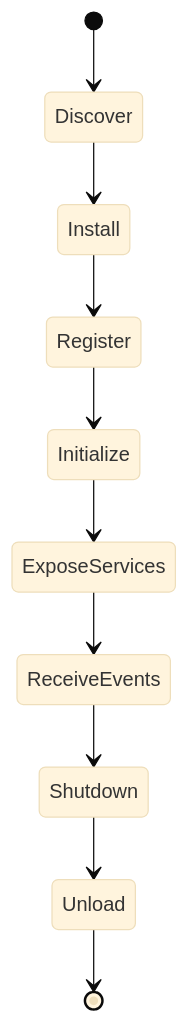
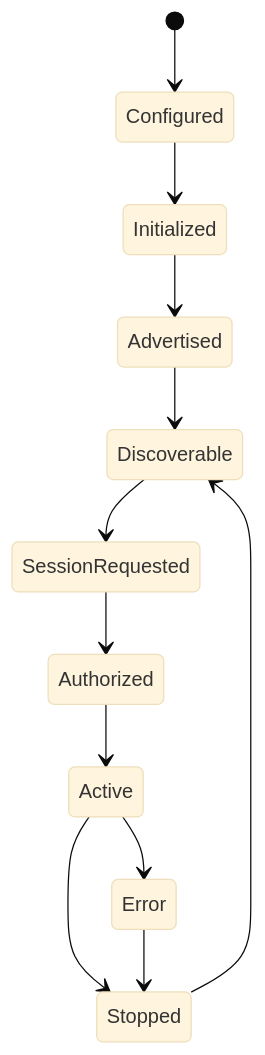
The tenth of 14 diagrams in README.md (scott-astatine/Frankn), drawn with Mermaid (base theme) before and after one commit. The commit also changed other lines of this file and 9 other files, not shown here.

````diff
--- a/README.md
+++ b/README.md
@@ -134,12 +519,14 @@
 ```mermaid
 stateDiagram-v2
-    [*] --> Discover
-    Discover --> Install
-    Install --> Register
-    Register --> Initialize
-    Initialize --> ExposeServices
-    ExposeServices --> ReceiveEvents
-    ReceiveEvents --> Shutdown
-    Shutdown --> Unload
-    Unload --> [*]
+    [*] --> Configured
+    Configured --> Initialized
+    Initialized --> Advertised
+    Advertised --> Discoverable
+    Discoverable --> SessionRequested
+    SessionRequested --> Authorized
+    Authorized --> Active
+    Active --> Stopped
+    Stopped --> Discoverable
+    Active --> Error
+    Error --> Stopped
 ```
````
